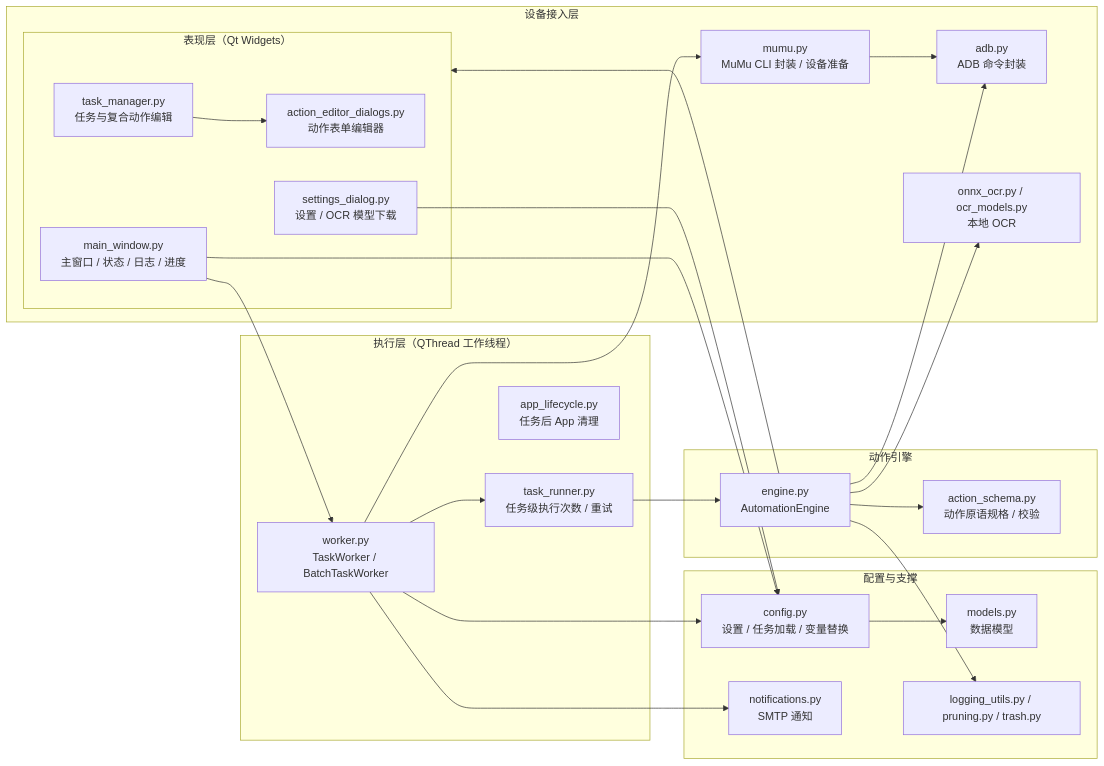
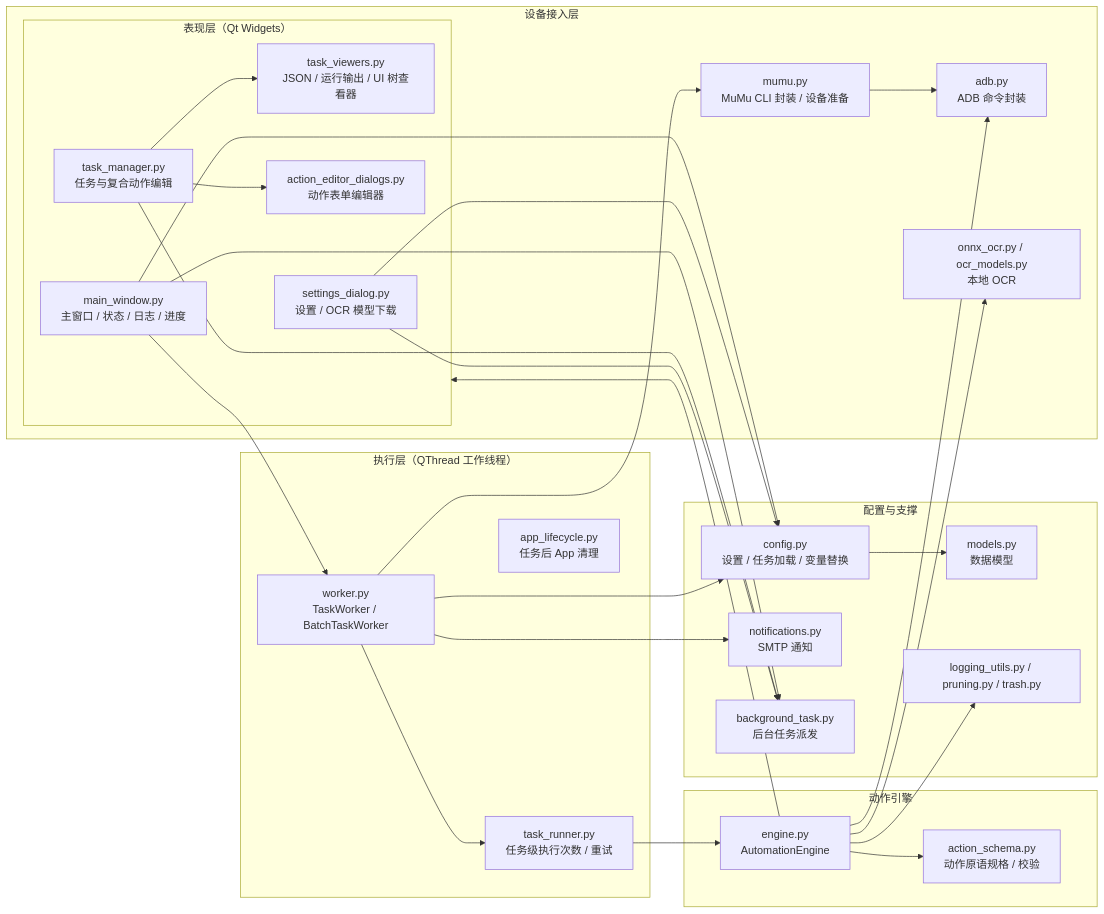
Before and after one commit to AISYLE5/FREE: the first of 2 diagrams in ARCHITECTURE.md, drawn with Mermaid. The commit also changed other lines of this file and 56 other files, not shown here.

````diff
--- a/ARCHITECTURE.md
+++ b/ARCHITECTURE.md
@@ -9,51 +9,57 @@
 ```mermaid
 flowchart LR
     subgraph UI["表现层（Qt Widgets）"]
         MW["main_window.py<br/>主窗口 / 状态 / 日志 / 进度"]
         TM["task_manager.py<br/>任务与复合动作编辑"]
+        TV["task_viewers.py<br/>JSON / 运行输出 / UI 树查看器"]
         SD["settings_dialog.py<br/>设置 / OCR 模型下载"]
         AE["action_editor_dialogs.py<br/>动作表单编辑器"]
     end
 
     subgraph RUN["执行层（QThread 工作线程）"]
         W["worker.py<br/>TaskWorker / BatchTaskWorker"]
         TR["task_runner.py<br/>任务级执行次数 / 重试"]
         EL["app_lifecycle.py<br/>任务后 App 清理"]
     end
 
     subgraph ENGINE["动作引擎"]
         E["engine.py<br/>AutomationEngine"]
         AS["action_schema.py<br/>动作原语规格 / 校验"]
     end
 
     subgraph DEVICE["设备接入层"]
         M["mumu.py<br/>MuMu CLI 封装 / 设备准备"]
         A["adb.py<br/>ADB 命令封装"]
         UI["ui_automation.py<br/>UI 层级快照 / 文本匹配"]
         OCR["onnx_ocr.py / ocr_models.py<br/>本地 OCR"]
     end
 
     subgraph INFRA["配置与支撑"]
         CFG["config.py<br/>设置 / 任务加载 / 变量替换"]
         MOD["models.py<br/>数据模型"]
         NTF["notifications.py<br/>SMTP 通知"]
+        BT["background_task.py<br/>后台任务派发"]
         LOG["logging_utils.py / pruning.py / trash.py"]
     end
 
     MW --> W
     TM --> AE
+    TM --> TV
     W --> TR
     TR --> E
     E --> AS
     E --> A
     E --> UI
     E --> OCR
     W --> M
     W --> NTF
     M --> A
     CFG --> MOD
     MW --> CFG
     SD --> CFG
     W --> CFG
+    MW --> BT
+    TM --> BT
+    SD --> BT
     E --> LOG
 ```
````
